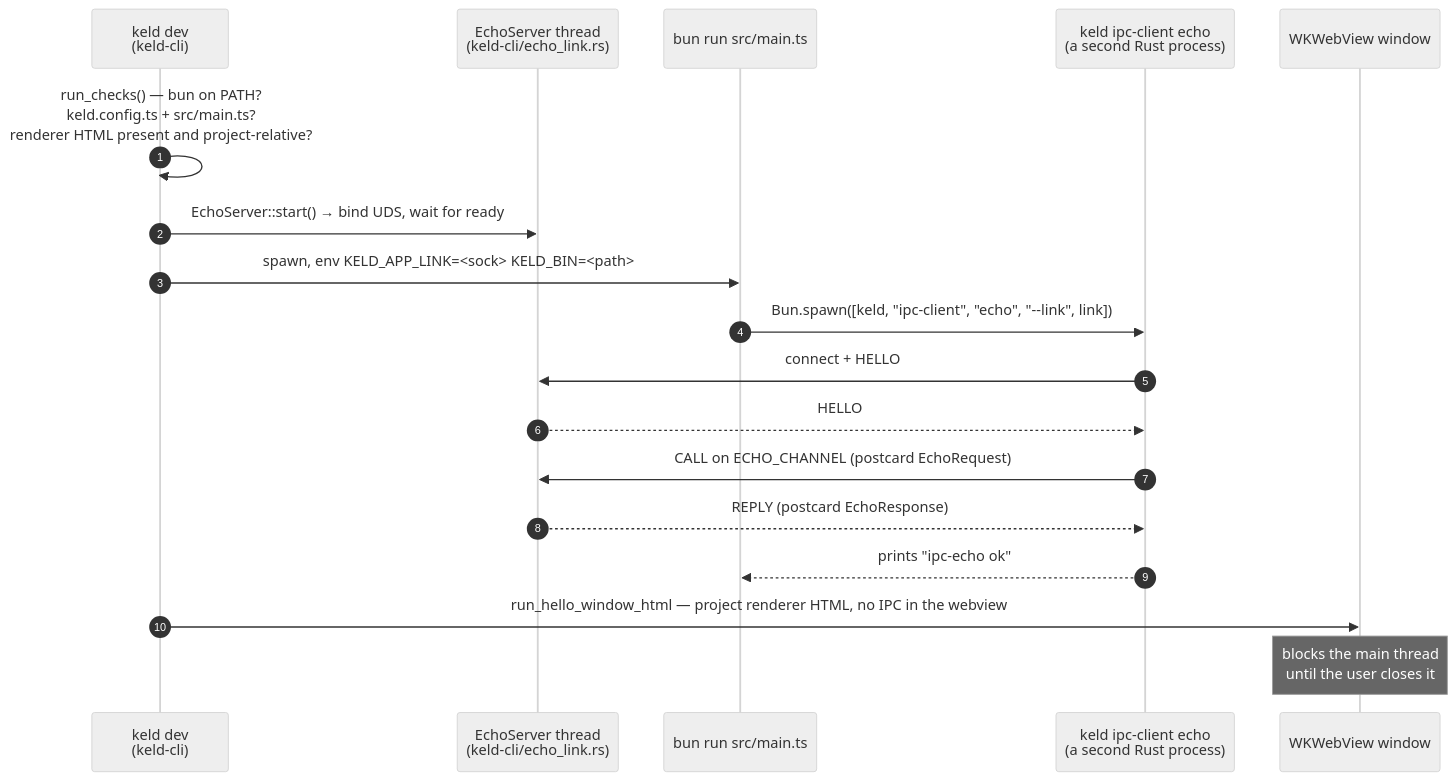
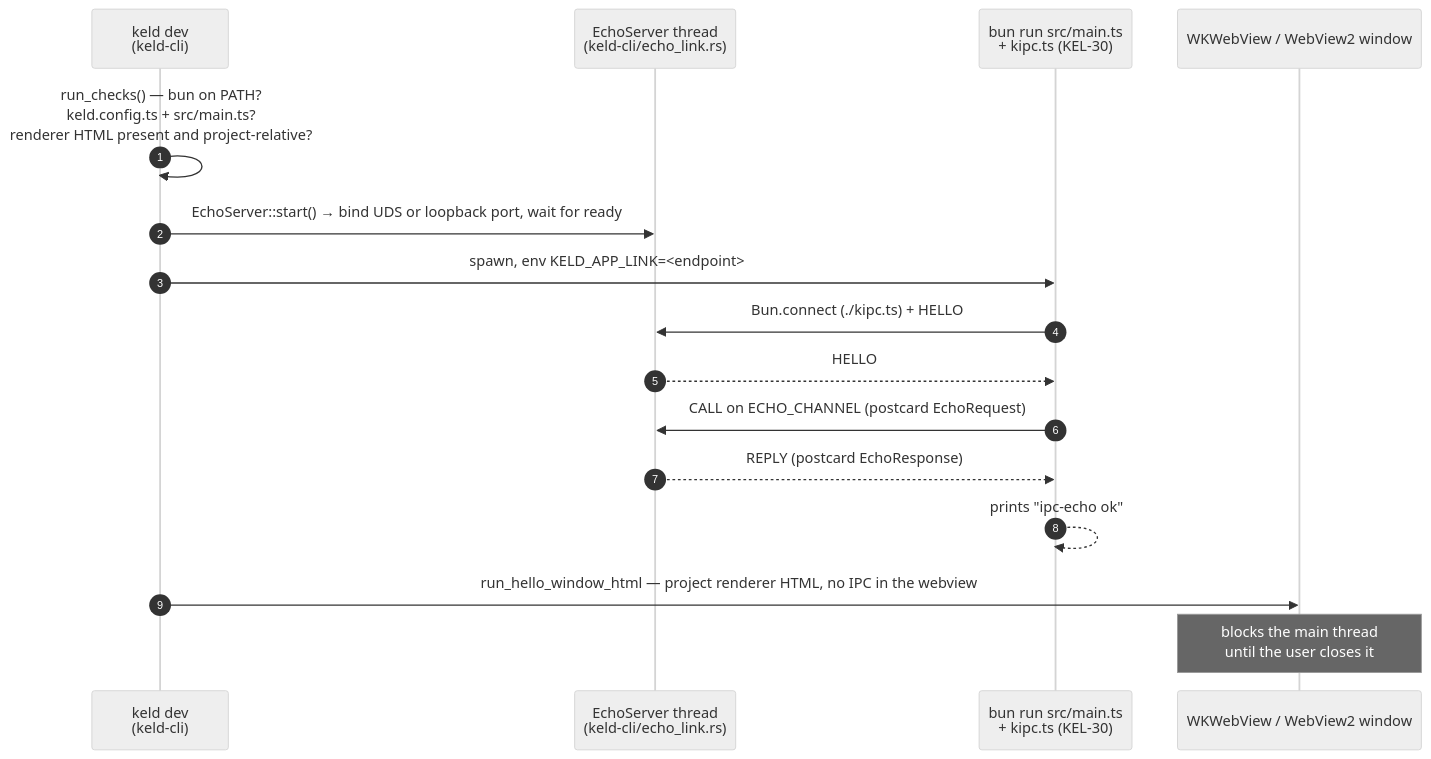
One commit to gyldlab/keld changed the second of 3 diagrams in docs/onboarding/02-architecture-guide.md. Above: the diagram before and after it, drawn with Mermaid (neutral theme). The commit also changed 6 other files, not shown here.

````diff
--- a/docs/onboarding/02-architecture-guide.md
+++ b/docs/onboarding/02-architecture-guide.md
@@ -250,21 +250,19 @@
 ```mermaid
 sequenceDiagram
     autonumber
     participant CLI as keld dev<br/>(keld-cli)
     participant Srv as EchoServer thread<br/>(keld-cli/echo_link.rs)
-    participant Bun as bun run src/main.ts
-    participant Sub as keld ipc-client echo<br/>(a second Rust process)
-    participant Win as WKWebView window
+    participant Bun as bun run src/main.ts<br/>+ kipc.ts (KEL-30)
+    participant Win as WKWebView / WebView2 window
 
     CLI->>CLI: run_checks() — bun on PATH?<br/>keld.config.ts + src/main.ts?<br/>renderer HTML present and project-relative?
-    CLI->>Srv: EchoServer::start() → bind UDS, wait for ready
-    CLI->>Bun: spawn, env KELD_APP_LINK=<sock> KELD_BIN=<path>
-    Bun->>Sub: Bun.spawn([keld, "ipc-client", "echo", "--link", link])
-    Sub->>Srv: connect + HELLO
-    Srv-->>Sub: HELLO
-    Sub->>Srv: CALL on ECHO_CHANNEL (postcard EchoRequest)
-    Srv-->>Sub: REPLY (postcard EchoResponse)
-    Sub-->>Bun: prints "ipc-echo ok"
+    CLI->>Srv: EchoServer::start() → bind UDS or loopback port, wait for ready
+    CLI->>Bun: spawn, env KELD_APP_LINK=<endpoint>#<token>
+    Bun->>Srv: Bun.connect (./kipc.ts) + HELLO
+    Srv-->>Bun: HELLO
+    Bun->>Srv: CALL on ECHO_CHANNEL (postcard EchoRequest)
+    Srv-->>Bun: REPLY (postcard EchoResponse)
+    Bun-->>Bun: prints "ipc-echo ok"
     CLI->>Win: run_hello_window_html — project renderer HTML, no IPC in the webview
     Note over Win: blocks the main thread<br/>until the user closes it
 ```
````
